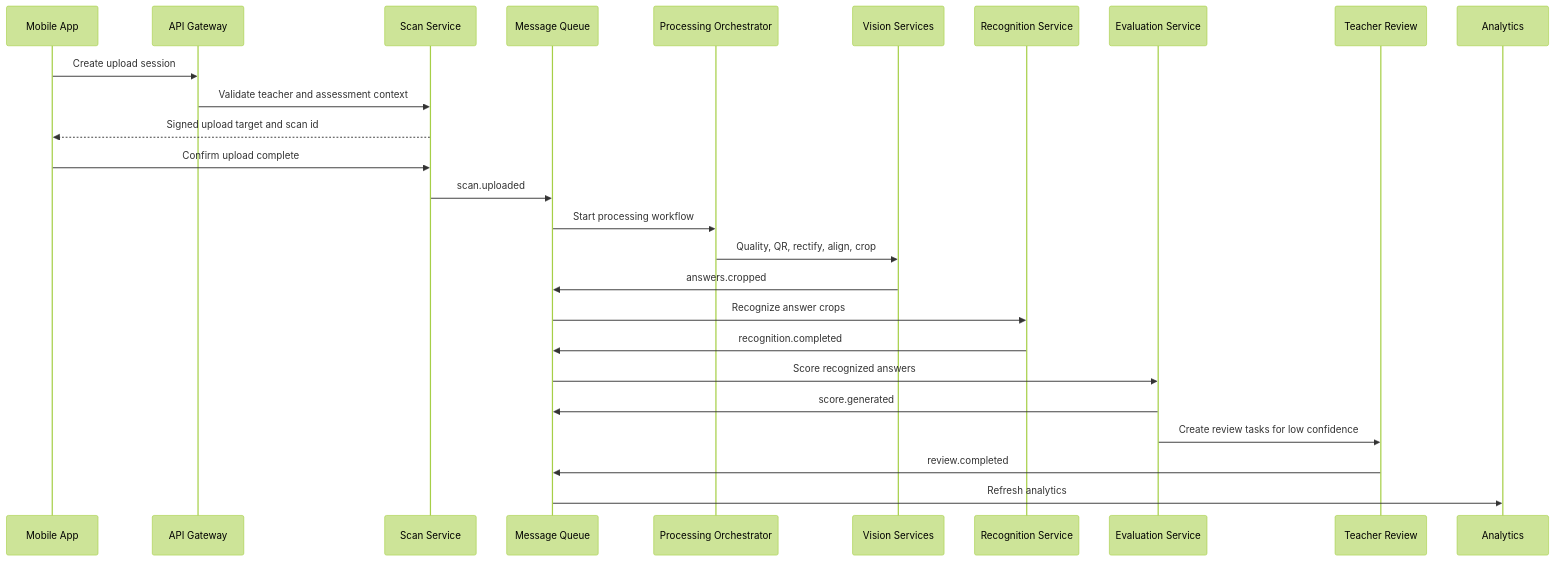
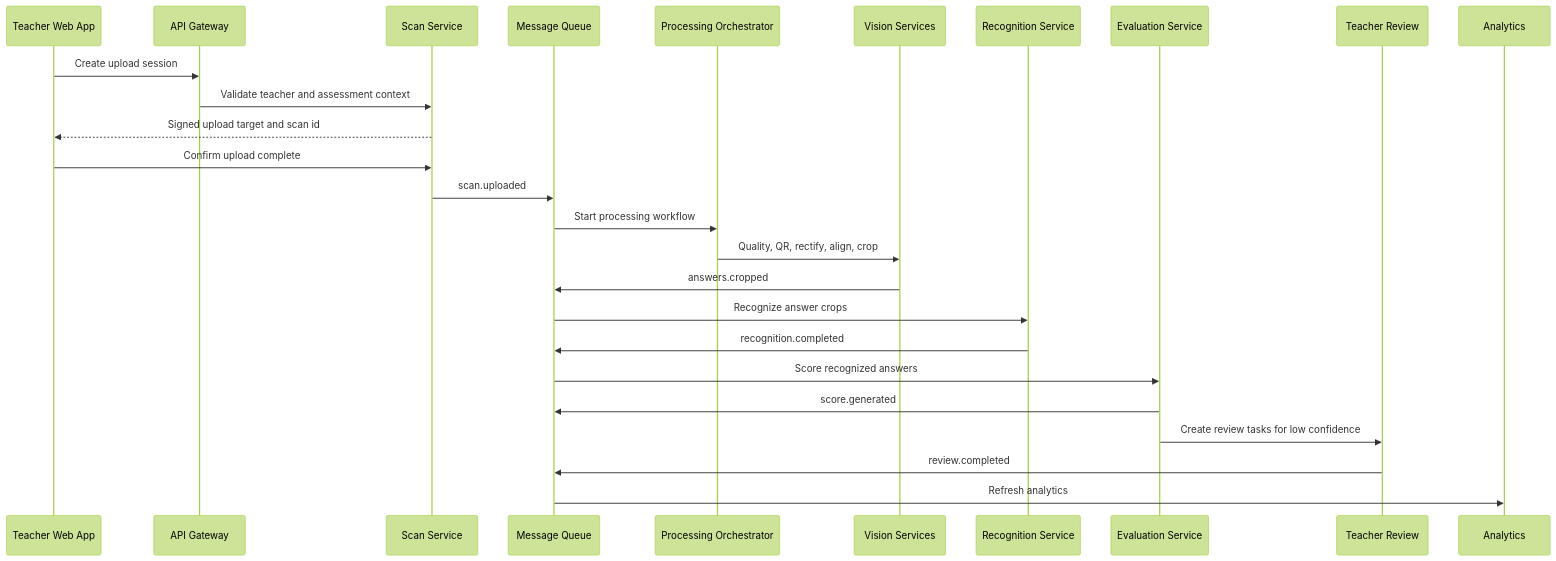
One commit to RahulPrsad/fln changed the fifth of 18 diagrams in ARCHITECTURE.md. Above: the diagram before and after it, drawn with Mermaid (forest theme). The commit also changed other lines of this file and 13 other files, not shown here.

````diff
--- a/ARCHITECTURE.md
+++ b/ARCHITECTURE.md
@@ -382,29 +382,29 @@
 ```mermaid
 sequenceDiagram
-    participant M as Mobile App
+    participant M as Teacher Web App
     participant G as API Gateway
     participant S as Scan Service
     participant Q as Message Queue
     participant P as Processing Orchestrator
     participant V as Vision Services
     participant R as Recognition Service
     participant E as Evaluation Service
     participant T as Teacher Review
     participant A as Analytics
 
     M->>G: Create upload session
     G->>S: Validate teacher and assessment context
     S-->>M: Signed upload target and scan id
     M->>S: Confirm upload complete
     S->>Q: scan.uploaded
     Q->>P: Start processing workflow
     P->>V: Quality, QR, rectify, align, crop
     V->>Q: answers.cropped
     Q->>R: Recognize answer crops
     R->>Q: recognition.completed
     Q->>E: Score recognized answers
     E->>Q: score.generated
     E->>T: Create review tasks for low confidence
     T->>Q: review.completed
     Q->>A: Refresh analytics
 ```
````
